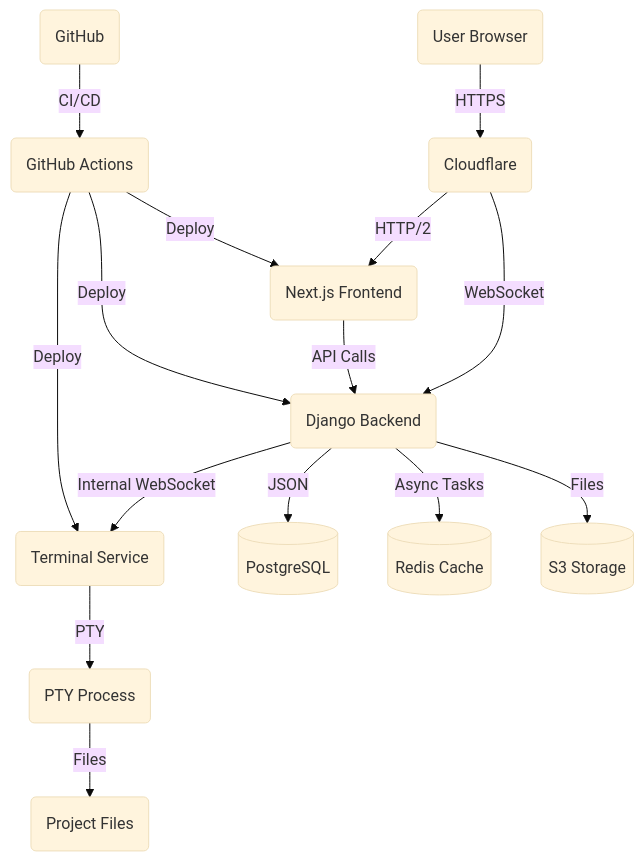
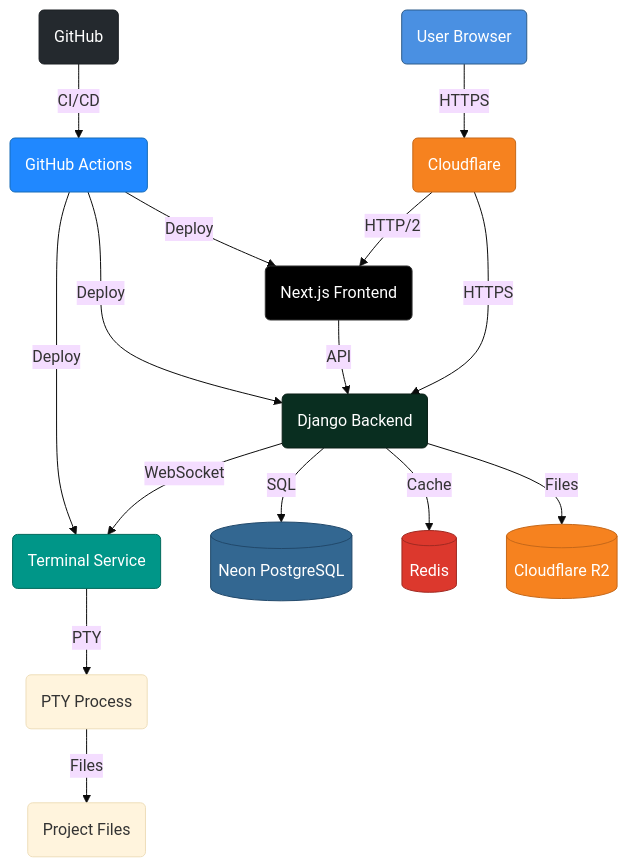
The first of 2 diagrams in README.md (aouichou/My-Portfolio), drawn with Mermaid (base theme) before and after one commit. The commit also changed other lines of this file, not shown here.

Commit message:
docs: Update README to enhance clarity and reflect current architecture

````diff
--- a/README.md
+++ b/README.md
@@ -65,17 +61,28 @@
 ```mermaid
 graph TD
     User("User Browser") -->|HTTPS| CF("Cloudflare")
     CF -->|HTTP/2| Next("Next.js Frontend")
-    CF -->|WebSocket| Django("Django Backend")
-    Django -->|Internal WebSocket| WS("Terminal Service")
-    Django -->|JSON| DB[("PostgreSQL")]
-    Django -->|Async Tasks| Redis[("Redis Cache")]
-    Django -->|Files| S3[("S3 Storage")]
-    Next -->|API Calls| Django
-    WS -->|PTY| Terminal("PTY Process")
-    Terminal -->|Files| Project("Project Files")
-    Github("GitHub") -->|CI/CD| Actions("GitHub Actions")
+    CF -->|HTTPS| Django("Django Backend")
+    Django -->|WebSocket| WS("Terminal Service")
+    Django -->|SQL| DB[("Neon PostgreSQL")]
+    Django -->|Cache| Redis[("Redis")]
+    Django -->|Files| R2[("Cloudflare R2")]
+    Next -->|API| Django
+    WS -->|PTY| Process("PTY Process")
+    Process -->|Files| Projects("Project Files")
+    GitHub("GitHub") -->|CI/CD| Actions("GitHub Actions")
     Actions -->|Deploy| Next
     Actions -->|Deploy| Django
     Actions -->|Deploy| WS
+    
+    style User fill:#4A90E2,stroke:#2E5C8A,color:#fff
+    style CF fill:#F6821F,stroke:#C5681A,color:#fff
+    style Next fill:#000,stroke:#333,color:#fff
+    style Django fill:#092E20,stroke:#0A1F16,color:#fff
+    style WS fill:#009688,stroke:#00695C,color:#fff
+    style DB fill:#336791,stroke:#22496B,color:#fff
+    style Redis fill:#DC382D,stroke:#A02A22,color:#fff
+    style R2 fill:#F6821F,stroke:#C5681A,color:#fff
+    style GitHub fill:#24292E,stroke:#1B1F23,color:#fff
+    style Actions fill:#2088FF,stroke:#176CB8,color:#fff
 ```
````
